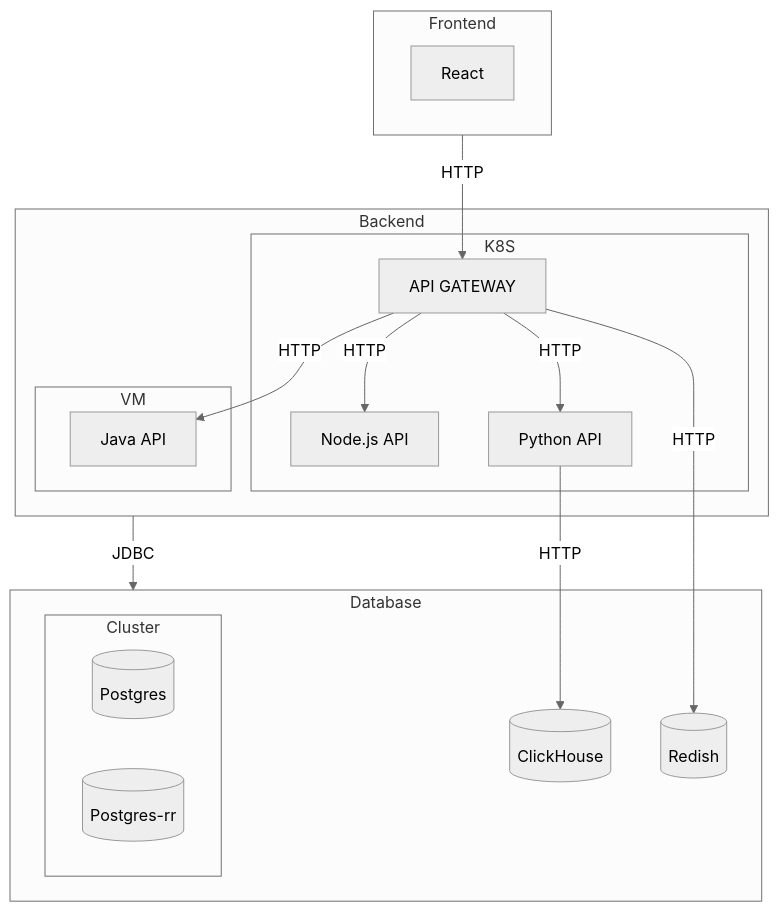
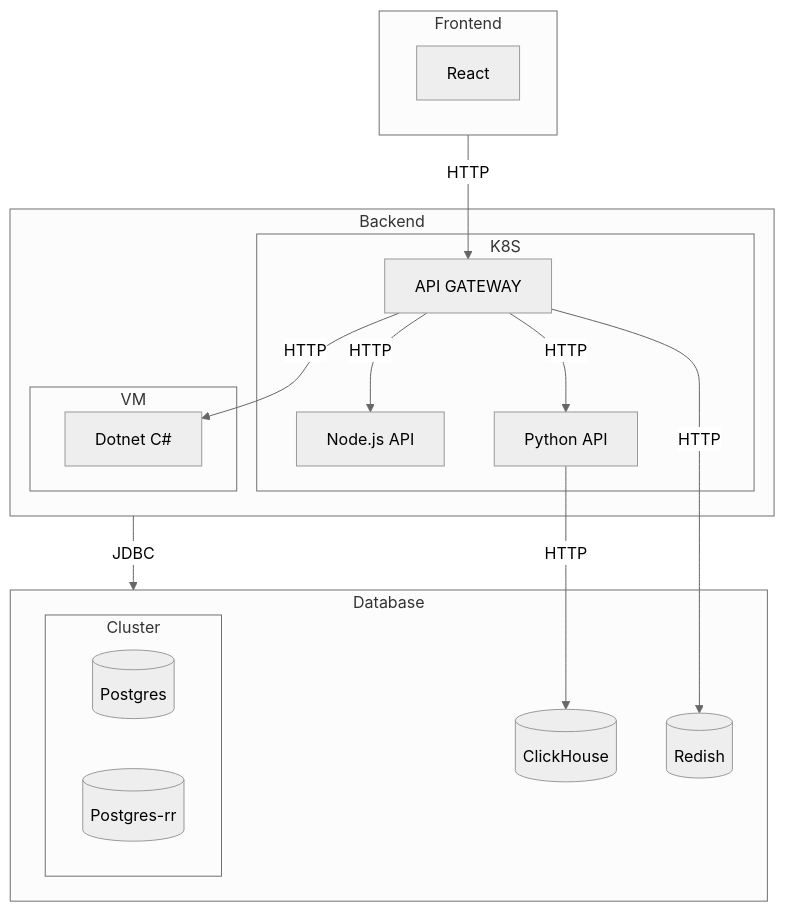
Before and after one commit to pedrovtof/Nievo-easy-fin: the fourth of 5 diagrams in docs/About/intro.md, drawn with Mermaid (neutral theme). The commit also changed other lines of this file and 1 other file, not shown here.

````diff
--- a/docs/About/intro.md
+++ b/docs/About/intro.md
@@ -149,35 +145,35 @@
 ```mermaid
 flowchart TD
  subgraph Frontend["Frontend"]
         next["React"]
   end
 
  subgraph Backend["Backend"]
     subgraph K8S["K8S"]
       node["Node.js API"]
       python["Python API"]
       kong["API GATEWAY"]
     end
 
     subgraph VM["VM"]
-      java["Java API"]
+      dotnet["Dotnet C#"]
     end
   end
 
   subgraph Database["Database"]
     subgraph Cluster["Cluster"]
       dbCore[("Postgres")]
       dbCoreRR[("Postgres-rr")]
     end
     dbData[(ClickHouse)]
     dbMemory[(Redish)]
   end
 
     Frontend -- HTTP --> kong
     kong-- HTTP --> dbMemory
     kong-- HTTP --> python
     kong-- HTTP --> node
-    kong-- HTTP --> java
+    kong-- HTTP --> dotnet
     Backend -- JDBC --> Database
     python -- HTTP --> dbData
 ```
````
